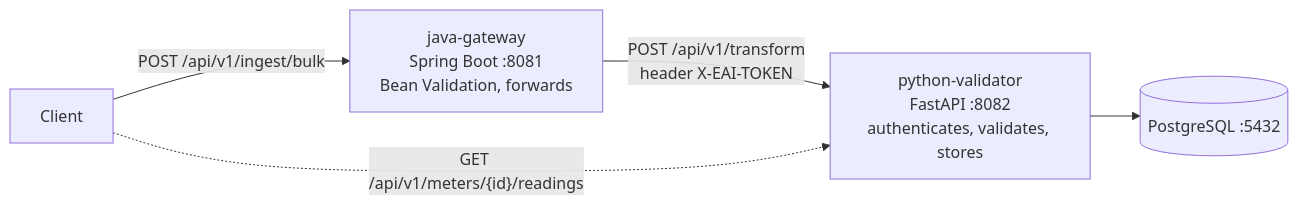
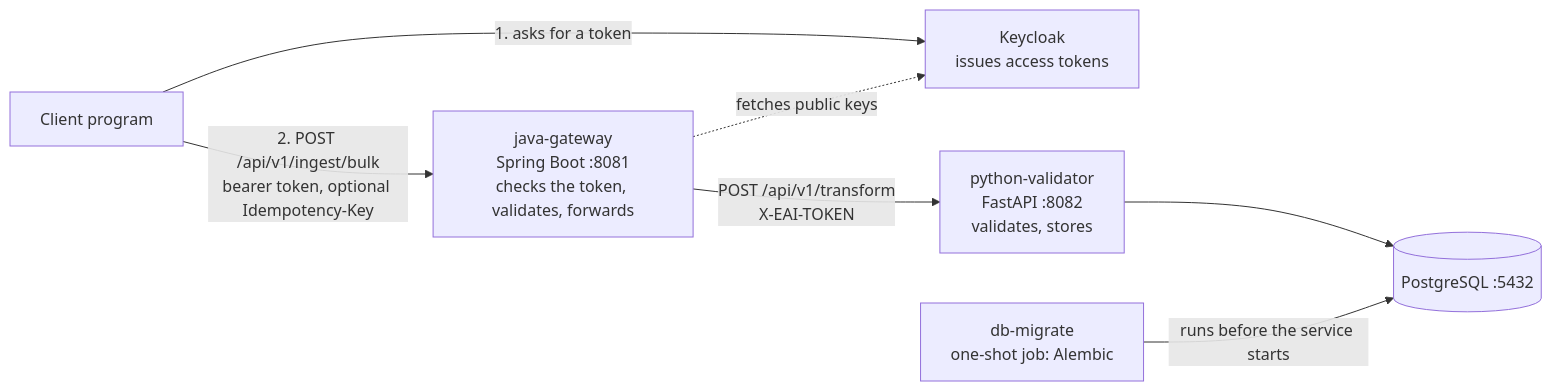
One commit to nikmar0808/eai-backend-poc changed the first of 2 diagrams in README.md. Above: the diagram before and after it, drawn with Mermaid. The commit also changed other lines of this file and 3 other files, not shown here.

Commit message:
EPA-64: architecture document, finished README, retrospective

````diff
--- a/README.md
+++ b/README.md
@@ -7,12 +7,16 @@
 ```mermaid
 flowchart LR
-    Client["Client"]
-    Java["java-gateway<br/>Spring Boot :8081<br/>Bean Validation, forwards"]
-    Python["python-validator<br/>FastAPI :8082<br/>authenticates, validates, stores"]
+    Client["Client program"]
+    KC["Keycloak<br/>issues access tokens"]
+    Java["java-gateway<br/>Spring Boot :8081<br/>checks the token, validates, forwards"]
+    Python["python-validator<br/>FastAPI :8082<br/>validates, stores"]
+    Migrate["db-migrate<br/>one-shot job: Alembic"]
     DB[("PostgreSQL :5432")]
 
-    Client -->|"POST /api/v1/ingest/bulk"| Java
-    Java -->|"POST /api/v1/transform<br/>header X-EAI-TOKEN"| Python
-    Client -.->|"GET /api/v1/meters/{id}/readings"| Python
+    Client -->|"1. asks for a token"| KC
+    Client -->|"2. POST /api/v1/ingest/bulk<br/>bearer token, optional Idempotency-Key"| Java
+    Java -.->|"fetches public keys"| KC
+    Java -->|"POST /api/v1/transform<br/>X-EAI-TOKEN"| Python
     Python --> DB
+    Migrate -->|"runs before the service starts"| DB
 ```
````
